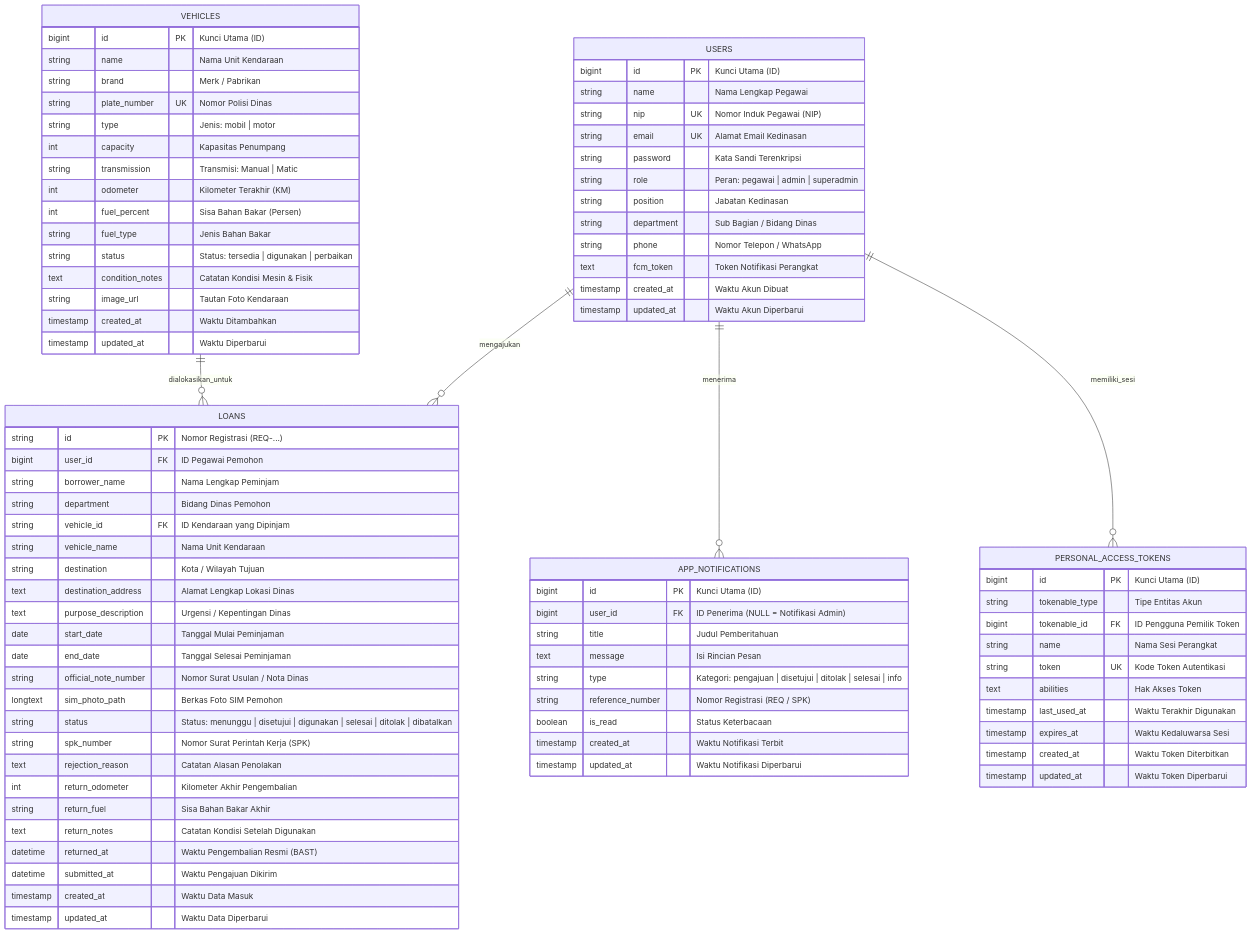
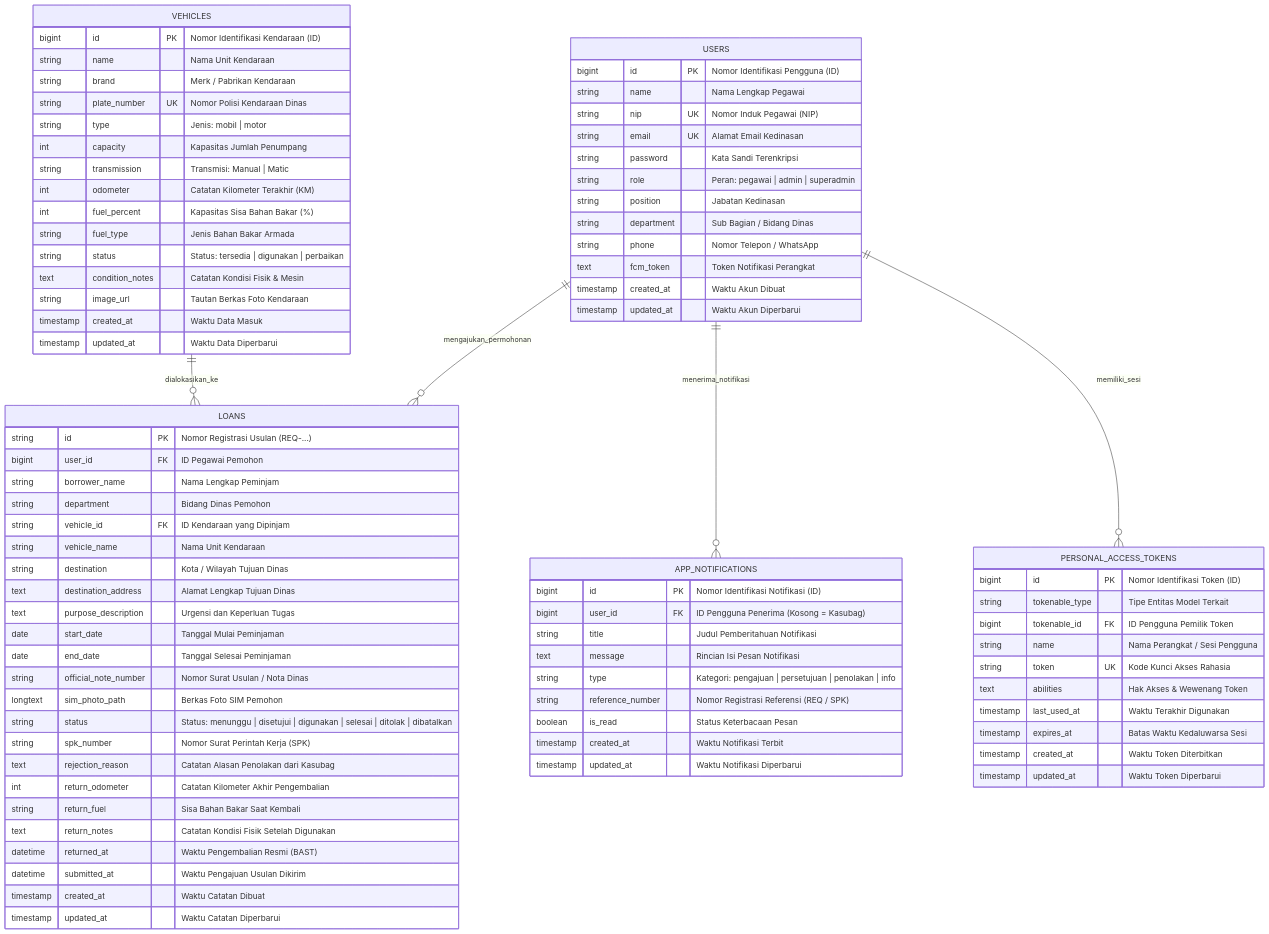
The third of 3 diagrams in README.md (ahdewa/Sip-k), drawn with Mermaid before and after one commit. The commit also changed other lines of this file, not shown here.

Commit message:
docs: terjemahkan seluruh diagram dan dokumentasi README ke Bahasa Indonesia murni

````diff
--- a/README.md
+++ b/README.md
@@ -217,12 +217,12 @@
 ```mermaid
 erDiagram
-    USERS ||--o{ LOANS : "mengajukan"
-    VEHICLES ||--o{ LOANS : "dialokasikan_untuk"
-    USERS ||--o{ APP_NOTIFICATIONS : "menerima"
+    USERS ||--o{ LOANS : "mengajukan_permohonan"
+    VEHICLES ||--o{ LOANS : "dialokasikan_ke"
+    USERS ||--o{ APP_NOTIFICATIONS : "menerima_notifikasi"
     USERS ||--o{ PERSONAL_ACCESS_TOKENS : "memiliki_sesi"
 
     USERS {
-        bigint id PK "Kunci Utama (ID)"
+        bigint id PK "Nomor Identifikasi Pengguna (ID)"
         string name "Nama Lengkap Pegawai"
         string nip UK "Nomor Induk Pegawai (NIP)"
         string email UK "Alamat Email Kedinasan"
@@ -237,70 +237,70 @@
     }
 
     VEHICLES {
-        bigint id PK "Kunci Utama (ID)"
+        bigint id PK "Nomor Identifikasi Kendaraan (ID)"
         string name "Nama Unit Kendaraan"
-        string brand "Merk / Pabrikan"
-        string plate_number UK "Nomor Polisi Dinas"
+        string brand "Merk / Pabrikan Kendaraan"
+        string plate_number UK "Nomor Polisi Kendaraan Dinas"
         string type "Jenis: mobil | motor"
-        int capacity "Kapasitas Penumpang"
+        int capacity "Kapasitas Jumlah Penumpang"
         string transmission "Transmisi: Manual | Matic"
-        int odometer "Kilometer Terakhir (KM)"
-        int fuel_percent "Sisa Bahan Bakar (Persen)"
-        string fuel_type "Jenis Bahan Bakar"
+        int odometer "Catatan Kilometer Terakhir (KM)"
+        int fuel_percent "Kapasitas Sisa Bahan Bakar (%)"
+        string fuel_type "Jenis Bahan Bakar Armada"
         string status "Status: tersedia | digunakan | perbaikan"
-        text condition_notes "Catatan Kondisi Mesin & Fisik"
-        string image_url "Tautan Foto Kendaraan"
-        timestamp created_at "Waktu Ditambahkan"
-        timestamp updated_at "Waktu Diperbarui"
+        text condition_notes "Catatan Kondisi Fisik & Mesin"
+        string image_url "Tautan Berkas Foto Kendaraan"
+        timestamp created_at "Waktu Data Masuk"
+        timestamp updated_at "Waktu Data Diperbarui"
     }
 
     LOANS {
-        string id PK "Nomor Registrasi (REQ-...)"
+        string id PK "Nomor Registrasi Usulan (REQ-...)"
         bigint user_id FK "ID Pegawai Pemohon"
         string borrower_name "Nama Lengkap Peminjam"
         string department "Bidang Dinas Pemohon"
         string vehicle_id FK "ID Kendaraan yang Dipinjam"
         string vehicle_name "Nama Unit Kendaraan"
-        string destination "Kota / Wilayah Tujuan"
-        text destination_address "Alamat Lengkap Lokasi Dinas"
-        text purpose_description "Urgensi / Kepentingan Dinas"
+        string destination "Kota / Wilayah Tujuan Dinas"
+        text destination_address "Alamat Lengkap Tujuan Dinas"
+        text purpose_description "Urgensi dan Keperluan Tugas"
         date start_date "Tanggal Mulai Peminjaman"
         date end_date "Tanggal Selesai Peminjaman"
         string official_note_number "Nomor Surat Usulan / Nota Dinas"
         longtext sim_photo_path "Berkas Foto SIM Pemohon"
         string status "Status: menunggu | disetujui | digunakan | selesai | ditolak | dibatalkan"
         string spk_number "Nomor Surat Perintah Kerja (SPK)"
-        text rejection_reason "Catatan Alasan Penolakan"
-        int return_odometer "Kilometer Akhir Pengembalian"
-        string return_fuel "Sisa Bahan Bakar Akhir"
-        text return_notes "Catatan Kondisi Setelah Digunakan"
+        text rejection_reason "Catatan Alasan Penolakan dari Kasubag"
+        int return_odometer "Catatan Kilometer Akhir Pengembalian"
+        string return_fuel "Sisa Bahan Bakar Saat Kembali"
+        text return_notes "Catatan Kondisi Fisik Setelah Digunakan"
         datetime returned_at "Waktu Pengembalian Resmi (BAST)"
-        datetime submitted_at "Waktu Pengajuan Dikirim"
-        timestamp created_at "Waktu Data Masuk"
-        timestamp updated_at "Waktu Data Diperbarui"
+        datetime submitted_at "Waktu Pengajuan Usulan Dikirim"
+        timestamp created_at "Waktu Catatan Dibuat"
+        timestamp updated_at "Waktu Catatan Diperbarui"
     }
 
     APP_NOTIFICATIONS {
-        bigint id PK "Kunci Utama (ID)"
-        bigint user_id FK "ID Penerima (NULL = Notifikasi Admin)"
-        string title "Judul Pemberitahuan"
-        text message "Isi Rincian Pesan"
-        string type "Kategori: pengajuan | disetujui | ditolak | selesai | info"
-        string reference_number "Nomor Registrasi (REQ / SPK)"
-        boolean is_read "Status Keterbacaan"
+        bigint id PK "Nomor Identifikasi Notifikasi (ID)"
+        bigint user_id FK "ID Pengguna Penerima (Kosong = Kasubag)"
+        string title "Judul Pemberitahuan Notifikasi"
+        text message "Rincian Isi Pesan Notifikasi"
+        string type "Kategori: pengajuan | persetujuan | penolakan | info"
+        string reference_number "Nomor Registrasi Referensi (REQ / SPK)"
+        boolean is_read "Status Keterbacaan Pesan"
         timestamp created_at "Waktu Notifikasi Terbit"
         timestamp updated_at "Waktu Notifikasi Diperbarui"
     }
 
     PERSONAL_ACCESS_TOKENS {
-        bigint id PK "Kunci Utama (ID)"
-        string tokenable_type "Tipe Entitas Akun"
+        bigint id PK "Nomor Identifikasi Token (ID)"
+        string tokenable_type "Tipe Entitas Model Terkait"
         bigint tokenable_id FK "ID Pengguna Pemilik Token"
-        string name "Nama Sesi Perangkat"
-        string token UK "Kode Token Autentikasi"
-        text abilities "Hak Akses Token"
+        string name "Nama Perangkat / Sesi Pengguna"
+        string token UK "Kode Kunci Akses Rahasia"
+        text abilities "Hak Akses & Wewenang Token"
         timestamp last_used_at "Waktu Terakhir Digunakan"
-        timestamp expires_at "Waktu Kedaluwarsa Sesi"
+        timestamp expires_at "Batas Waktu Kedaluwarsa Sesi"
         timestamp created_at "Waktu Token Diterbitkan"
         timestamp updated_at "Waktu Token Diperbarui"
     }
````
